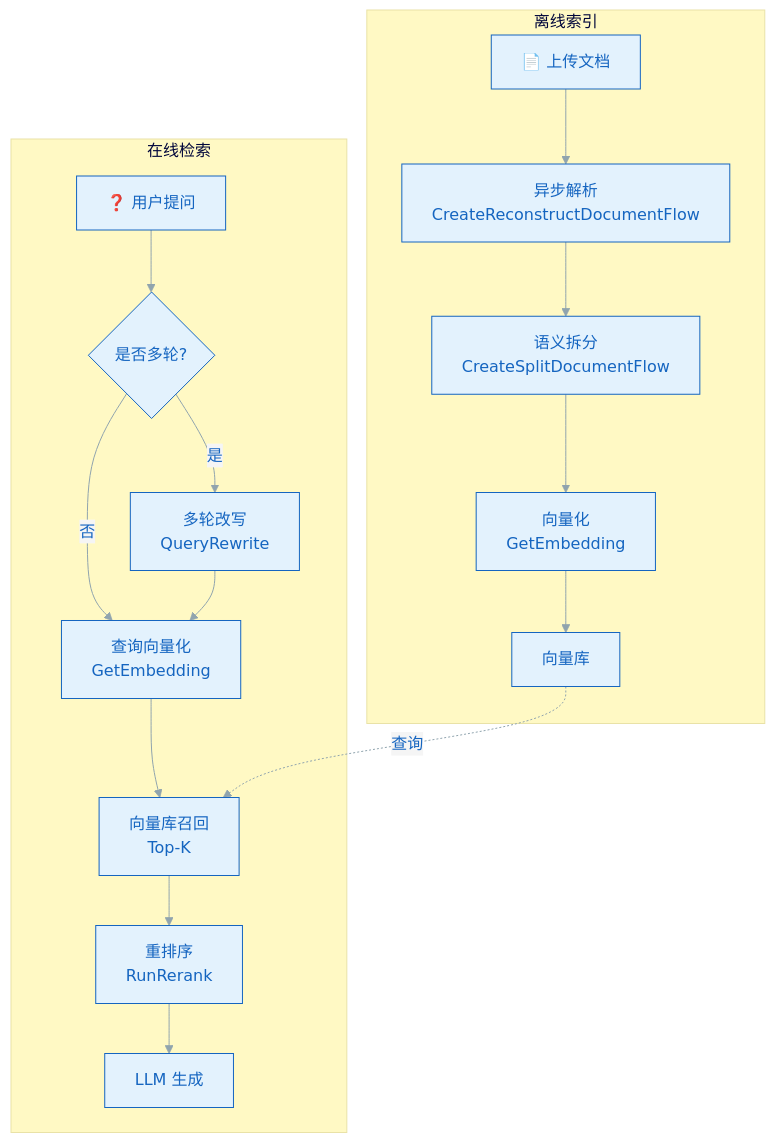
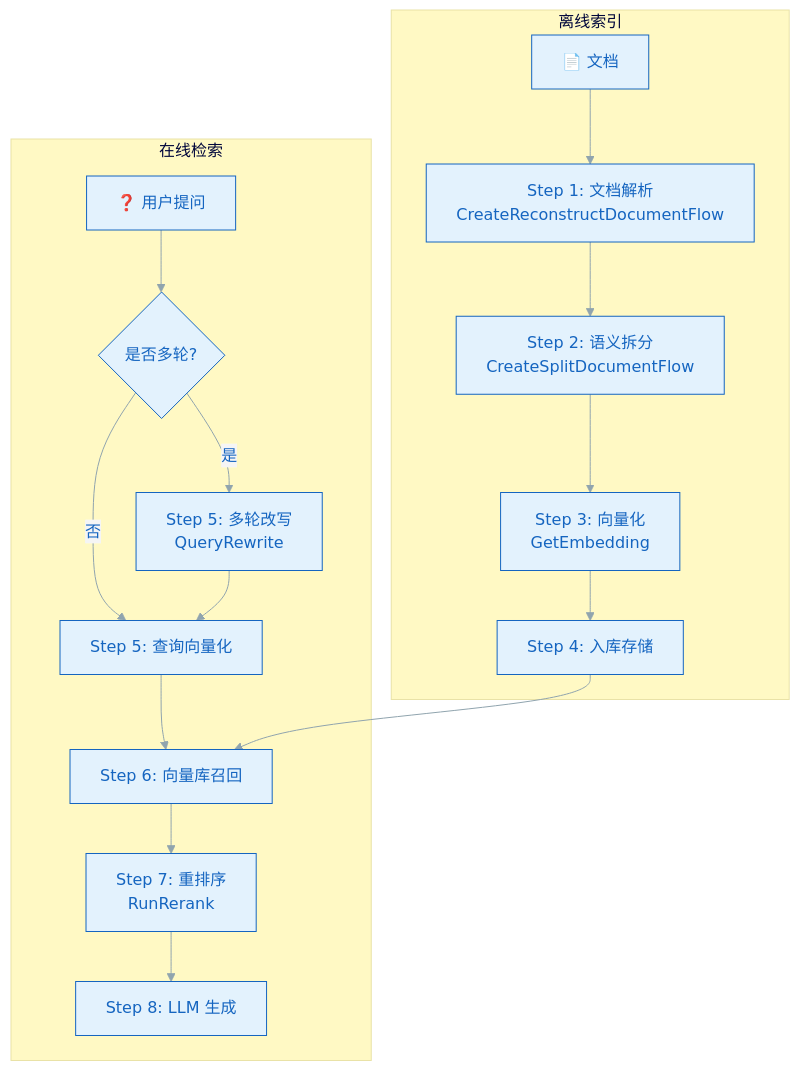
Before and after one commit to tanteng/blog: the diagram in content/posts/tencent-cloud-knowledge-engine-rag-practice.md, drawn with Mermaid.

Commit message:
优化 mermaid 流程图：Step 编号、连接线清理、竖版布局

````diff
--- a/content/posts/tencent-cloud-knowledge-engine-rag-practice.md
+++ b/content/posts/tencent-cloud-knowledge-engine-rag-practice.md
@@ -56,22 +56,22 @@
 ```mermaid
 %%{init: {'theme': 'base', 'themeVariables': {'primaryColor': '#e3f2fd', 'primaryTextColor': '#1565c0', 'primaryBorderColor': '#1565c0', 'lineColor': '#90a4ae', 'secondaryColor': '#f5f5f5', 'tertiaryColor': '#fff9c4'}}}%%
 flowchart TB
     subgraph 离线索引
-        A1["📄 上传文档"] --> A2["异步解析<br/>CreateReconstructDocumentFlow"]
-        A2 --> A3["语义拆分<br/>CreateSplitDocumentFlow"]
-        A3 --> A4["向量化<br/>GetEmbedding"]
-        A4 --> A5["向量库"]
+        A1["📄 文档"] --> A2["Step 1: 文档解析<br/>CreateReconstructDocumentFlow"]
+        A2 --> A3["Step 2: 语义拆分<br/>CreateSplitDocumentFlow"]
+        A3 --> A4["Step 3: 向量化<br/>GetEmbedding"]
+        A4 --> A5["Step 4: 入库存储"]
     end
 
     subgraph 在线检索
         B1["❓ 用户提问"] --> B2{"是否多轮?"}
-        B2 -->|"是"| B3["多轮改写<br/>QueryRewrite"]
-        B2 -->|"否"| B4
-        B3 --> B4["查询向量化<br/>GetEmbedding"]
-        B4 --> B5["向量库召回<br/>Top-K"]
-        B5 --> B6["重排序<br/>RunRerank"]
-        B6 --> B7["LLM 生成"]
+        B2 -->|"是"| B3["Step 5: 多轮改写<br/>QueryRewrite"]
+        B2 -->|"否"| B4["Step 5: 查询向量化"]
+        B3 --> B4
+        B4 --> B5["Step 6: 向量库召回"]
+        B5 --> B6["Step 7: 重排序<br/>RunRerank"]
+        B6 --> B7["Step 8: LLM 生成"]
     end
 
-    A5 -.查询.-> B5
+    A5 --> B5
 ```
````
